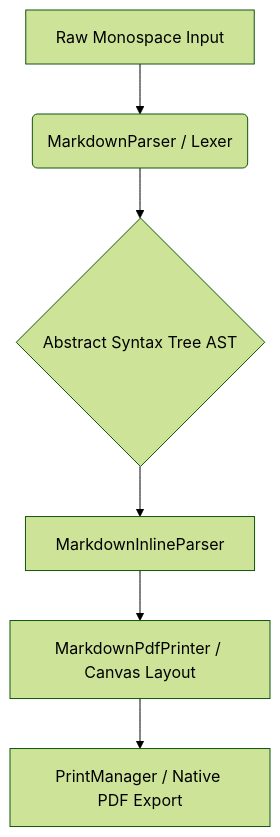
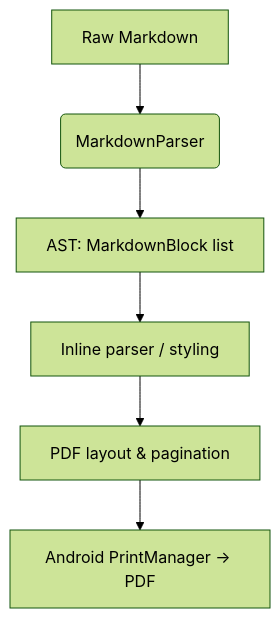
Before and after one commit to guuly05/purpleprint: the diagram in README.md, drawn with Mermaid (forest theme). The commit also changed other lines of this file, not shown here.

````diff
--- a/README.md
+++ b/README.md
@@ -73,8 +92,8 @@
 ```mermaid
 graph TD
-    A[Raw Monospace Input] --> B(MarkdownParser / Lexer)
-    B --> C{Abstract Syntax Tree AST}
-    C --> D[MarkdownInlineParser]
-    D --> E[MarkdownPdfPrinter / Canvas Layout]
-    E --> F[PrintManager / Native PDF Export]
+    A[Raw Markdown] --> B(MarkdownParser)
+    B --> C[AST: MarkdownBlock list]
+    C --> D[Inline parser / styling]
+    D --> E[PDF layout & pagination]
+    E --> F[Android PrintManager → PDF]
 ```
````
